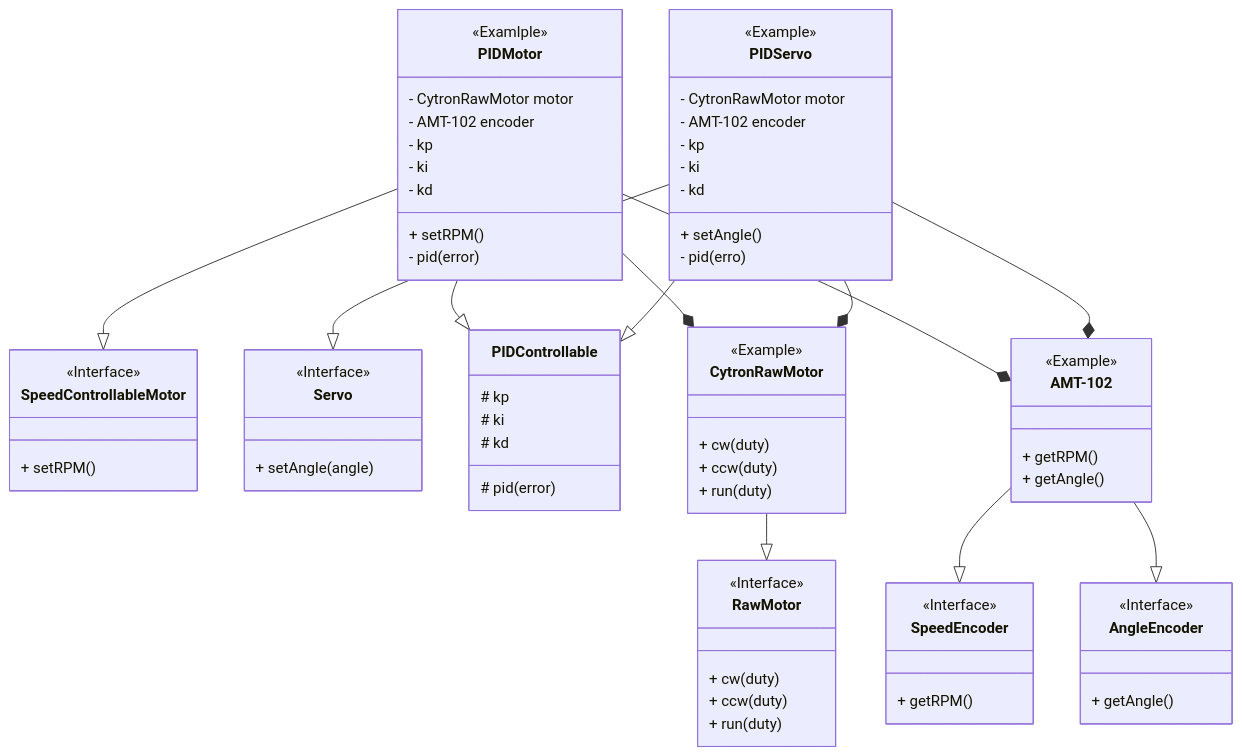
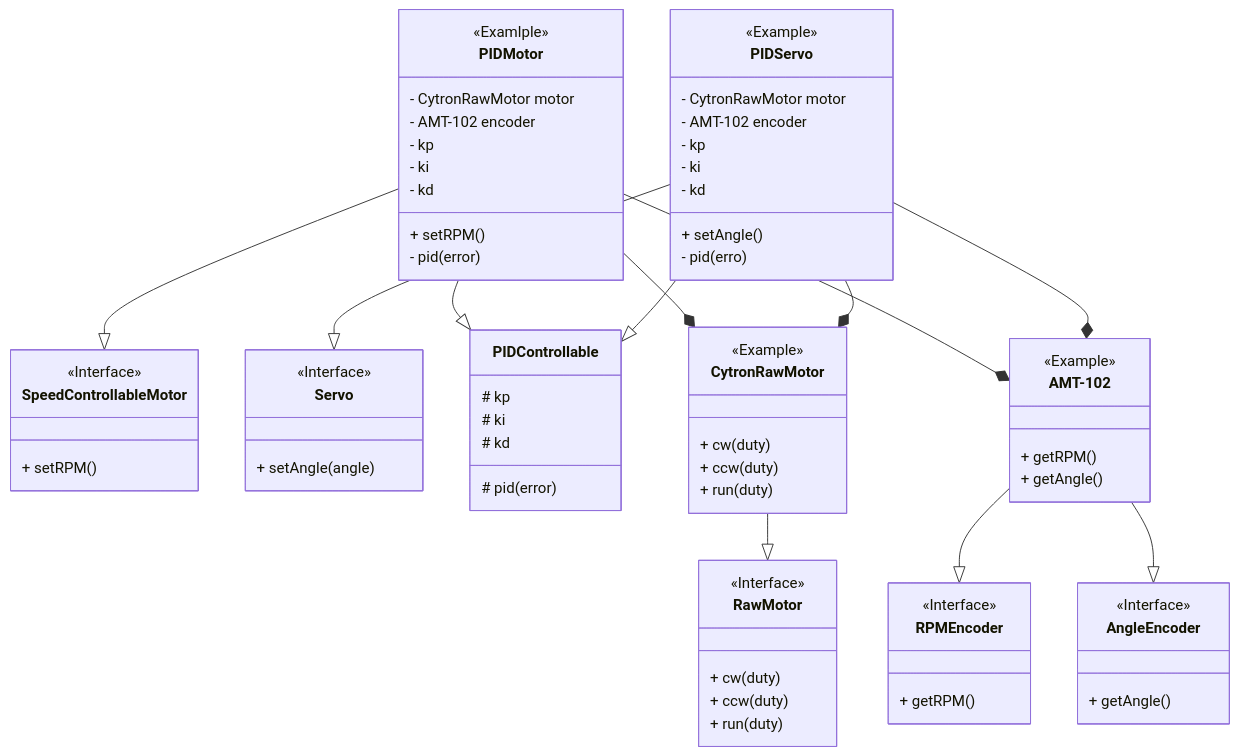
The diagram in docs/design.md (NiiRoboKen/NNCT-interfaces), drawn with Mermaid before and after one commit. The commit also changed other lines of this file, not shown here.

````diff
--- a/docs/design.md
+++ b/docs/design.md
@@ -22,7 +22,7 @@
     + setAngle(angle)
 }
 
-class SpeedEncoder {
+class RPMEncoder {
     <<Interface>>
     + getRPM()
 }
@@ -82,6 +82,6 @@
     + getRPM()
     + getAngle()
 }
-AMT-102 --|> SpeedEncoder
+AMT-102 --|> RPMEncoder
 AMT-102 --|> AngleEncoder
 ```
````
